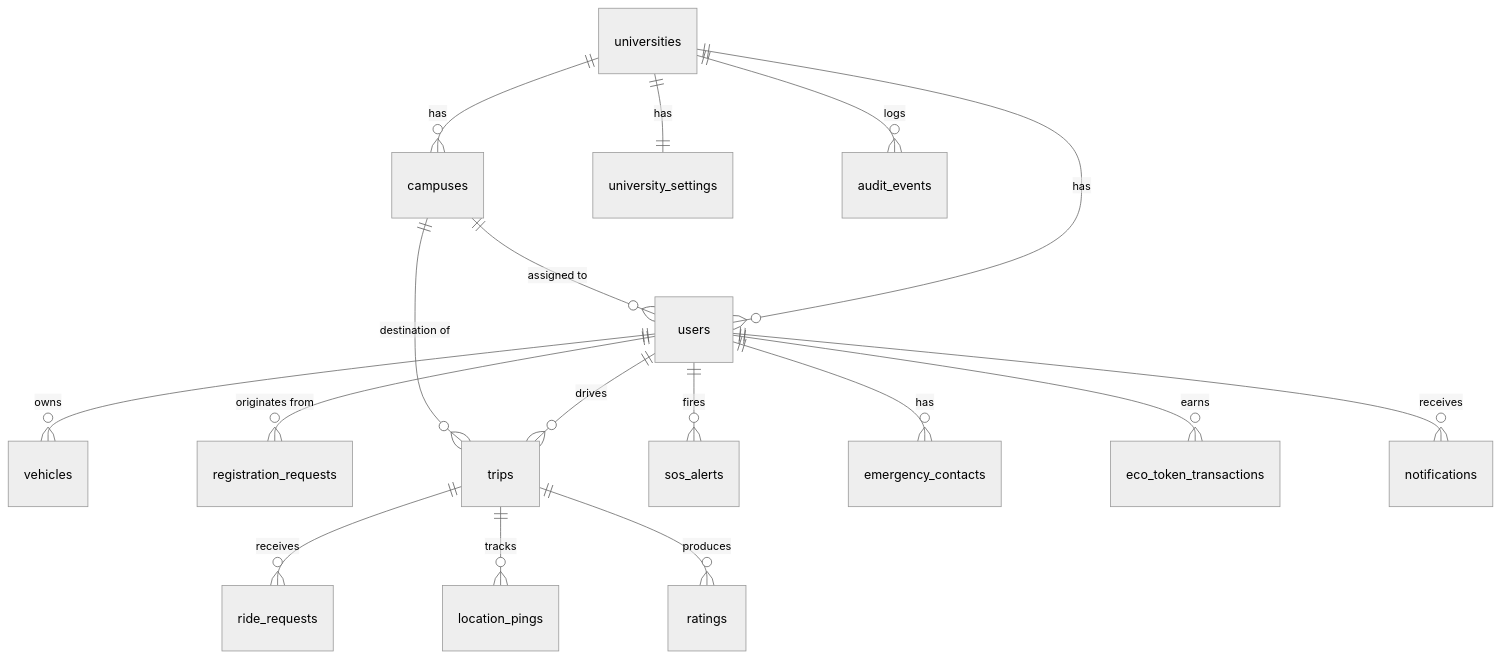
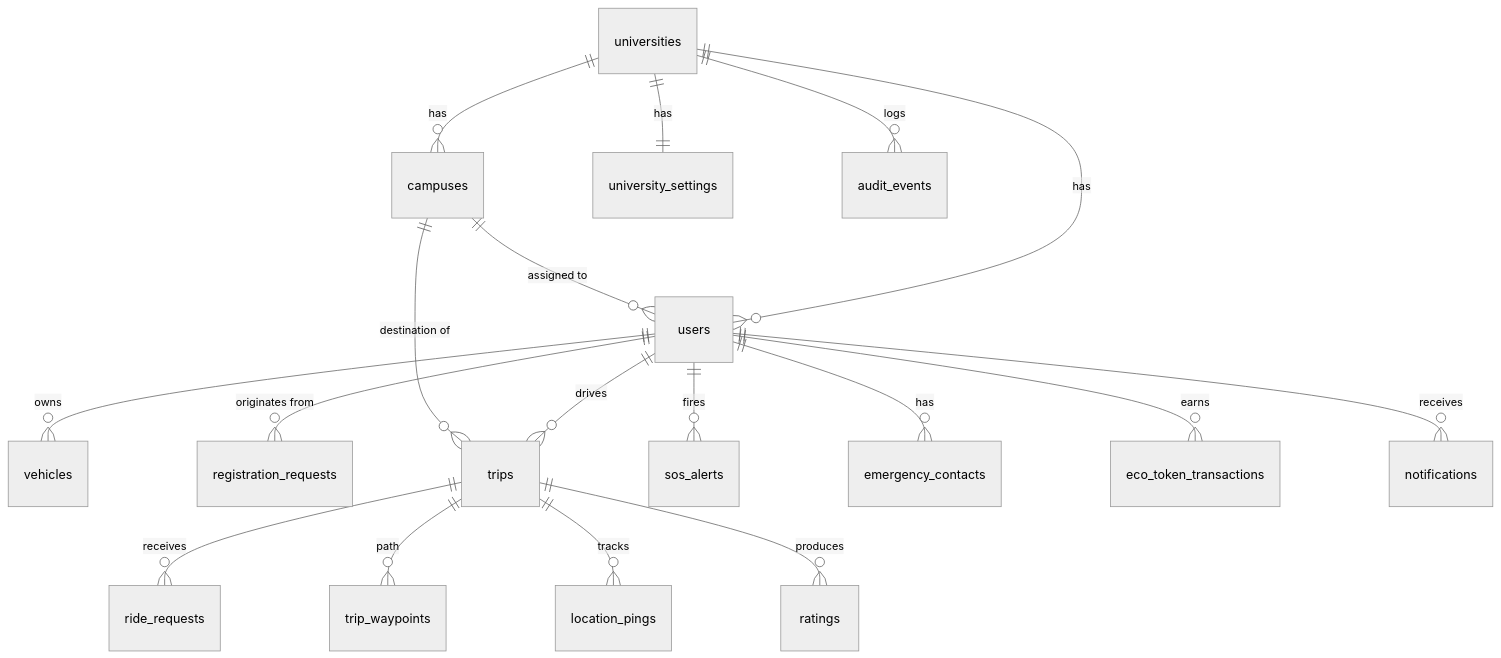
One commit to Melod7/smart-carpool-security-1 changed the third of 8 diagrams in PLAN.md. Above: the diagram before and after it, drawn with Mermaid (neutral theme). The commit also changed other lines of this file and 2 other files, not shown here.

Commit message:
docs(plan): v2.7 ruta por waypoints y punto de espera del pasajero

````diff
--- a/PLAN.md
+++ b/PLAN.md
@@ -134,19 +134,20 @@
 ```mermaid
 erDiagram
   universities ||--o{ campuses : has
   universities ||--o{ users : has
   universities ||--|| university_settings : has
   campuses ||--o{ users : "assigned to"
   users ||--o{ vehicles : owns
   users ||--o{ registration_requests : "originates from"
   users ||--o{ trips : drives
   campuses ||--o{ trips : "destination of"
   trips ||--o{ ride_requests : receives
+  trips ||--o{ trip_waypoints : path
   trips ||--o{ location_pings : tracks
   trips ||--o{ ratings : produces
   users ||--o{ sos_alerts : fires
   users ||--o{ emergency_contacts : has
   users ||--o{ eco_token_transactions : earns
   universities ||--o{ audit_events : logs
   users ||--o{ notifications : receives
 ```
````
